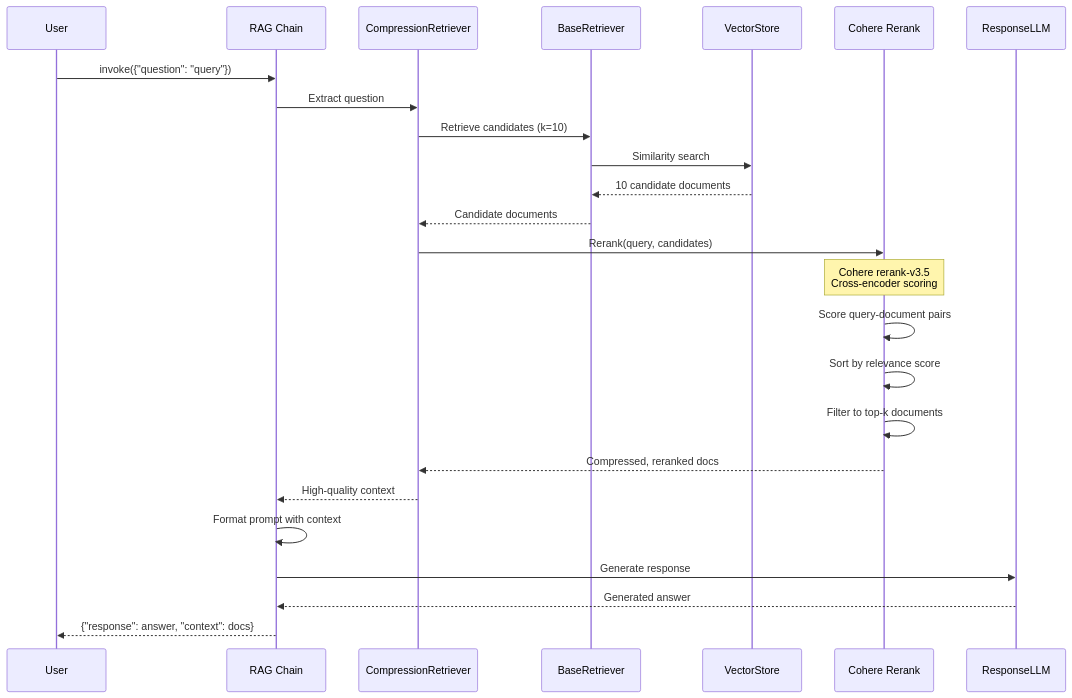
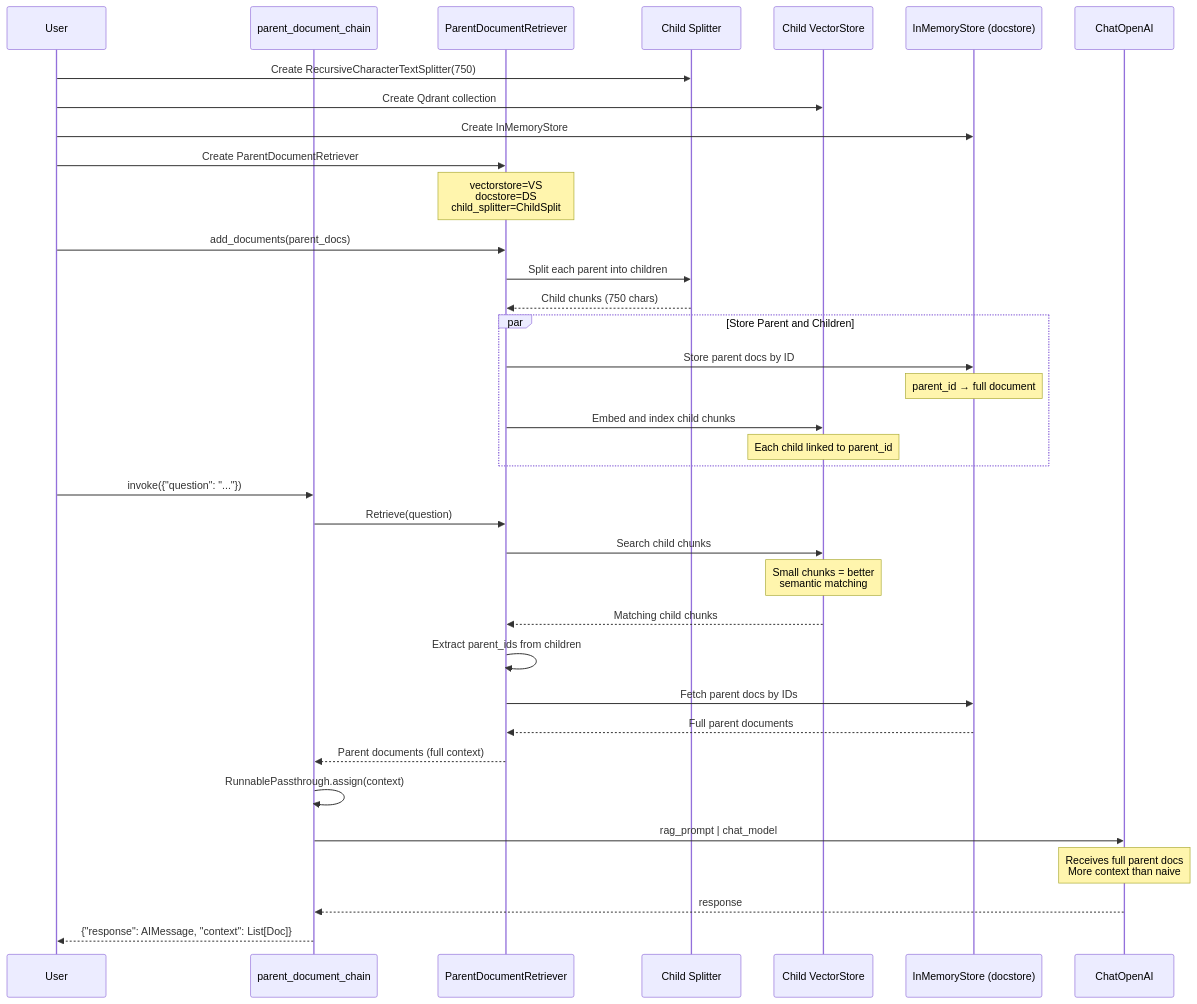
Before and after one commit to don-aie-cohort8/aie8-s09-adv-retrieval: the eighth of 12 diagrams in architecture/docs/03_data_flows.md, drawn with Mermaid. The commit also changed other lines of this file and 11 other files, not shown here.

````diff
--- a/architecture/docs/03_data_flows.md
+++ b/architecture/docs/03_data_flows.md
@@ -323,30 +418,45 @@
 ```mermaid
 sequenceDiagram
     participant User
-    participant Chain as RAG Chain
-    participant CompressionRetriever
-    participant BaseRetriever
-    participant VectorStore
-    participant Reranker as Cohere Rerank
-    participant ResponseLLM
+    participant Chain as parent_document_chain
+    participant PDR as ParentDocumentRetriever
+    participant ChildSplit as Child Splitter
+    participant VS as Child VectorStore
+    participant DS as InMemoryStore (docstore)
+    participant LLM as ChatOpenAI
 
-    User->>Chain: invoke({"question": "query"})
-    Chain->>CompressionRetriever: Extract question
-    CompressionRetriever->>BaseRetriever: Retrieve candidates (k=10)
-    BaseRetriever->>VectorStore: Similarity search
-    VectorStore-->>BaseRetriever: 10 candidate documents
-    BaseRetriever-->>CompressionRetriever: Candidate documents
+    User->>ChildSplit: Create RecursiveCharacterTextSplitter(750)
+    User->>VS: Create Qdrant collection
+    User->>DS: Create InMemoryStore
+    User->>PDR: Create ParentDocumentRetriever
+    Note over PDR: vectorstore=VS<br/>docstore=DS<br/>child_splitter=ChildSplit
 
-    CompressionRetriever->>Reranker: Rerank(query, candidates)
-    Note over Reranker: Cohere rerank-v3.5<br/>Cross-encoder scoring
-    Reranker->>Reranker: Score query-document pairs
-    Reranker->>Reranker: Sort by relevance score
-    Reranker->>Reranker: Filter to top-k documents
-    Reranker-->>CompressionRetriever: Compressed, reranked docs
+    User->>PDR: add_documents(parent_docs)
+    PDR->>ChildSplit: Split each parent into children
+    ChildSplit-->>PDR: Child chunks (750 chars)
 
-    CompressionRetriever-->>Chain: High-quality context
-    Chain->>Chain: Format prompt with context
-    Chain->>ResponseLLM: Generate response
-    ResponseLLM-->>Chain: Generated answer
-    Chain-->>User: {"response": answer, "context": docs}
+    par Store Parent and Children
+        PDR->>DS: Store parent docs by ID
+        Note over DS: parent_id → full document
+
+        PDR->>VS: Embed and index child chunks
+        Note over VS: Each child linked to parent_id
+    end
+
+    User->>Chain: invoke({"question": "..."})
+    Chain->>PDR: Retrieve(question)
+    PDR->>VS: Search child chunks
+    Note over VS: Small chunks = better<br/>semantic matching
+    VS-->>PDR: Matching child chunks
+
+    PDR->>PDR: Extract parent_ids from children
+    PDR->>DS: Fetch parent docs by IDs
+    DS-->>PDR: Full parent documents
+    PDR-->>Chain: Parent documents (full context)
+
+    Chain->>Chain: RunnablePassthrough.assign(context)
+    Chain->>LLM: rag_prompt | chat_model
+    Note over LLM: Receives full parent docs<br/>More context than naive
+    LLM-->>Chain: response
+    Chain-->>User: {"response": AIMessage, "context": List[Doc]}
 ```
````
